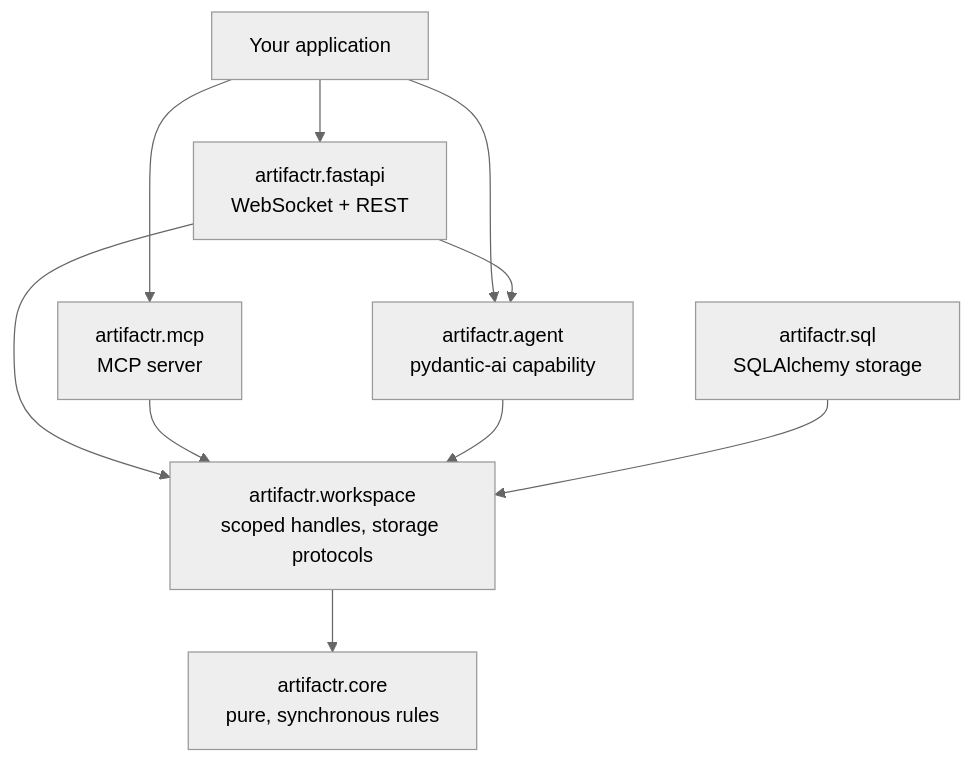
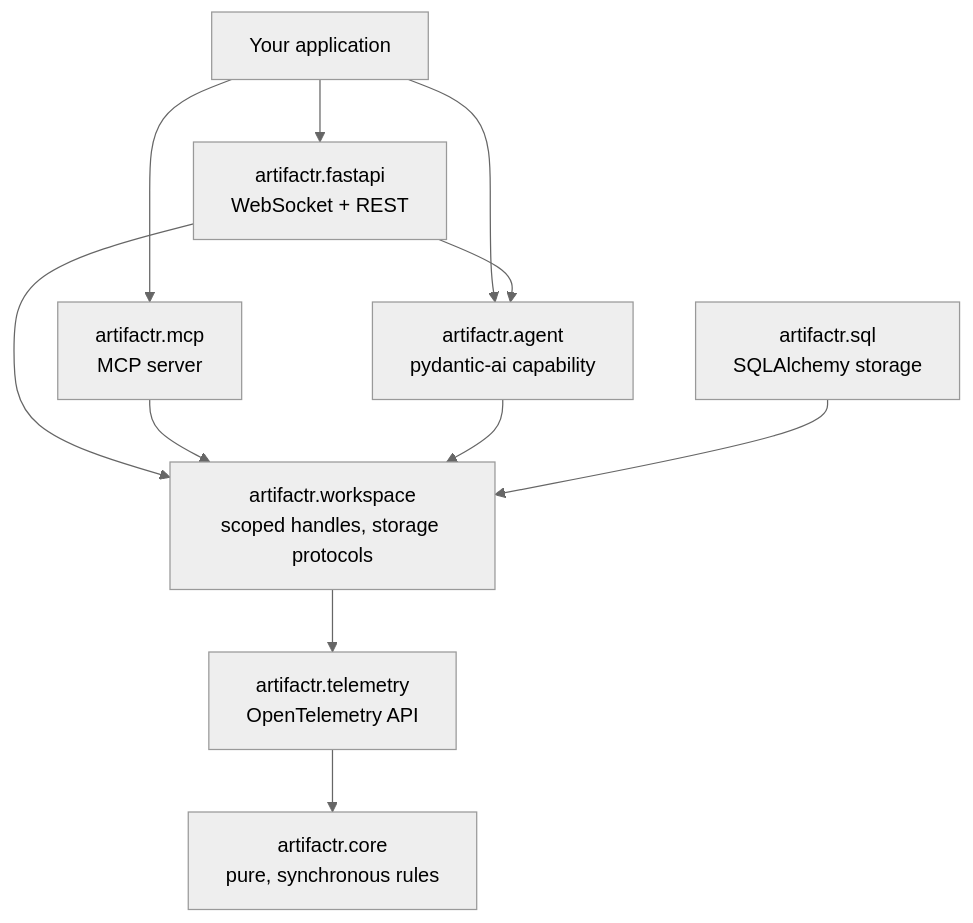
One commit to alexnodeland/artifactr changed the first of 3 diagrams in docs/architecture.md. Above: the diagram before and after it, drawn with Mermaid (neutral theme). The commit also changed other lines of this file and 32 other files, not shown here.

````diff
--- a/docs/architecture.md
+++ b/docs/architecture.md
@@ -52,12 +53,13 @@
 ```mermaid
 graph TD
     app["Your application"] --> fastapi["artifactr.fastapi<br/>WebSocket + REST"]
     app --> mcp["artifactr.mcp<br/>MCP server"]
     app --> agent
     fastapi --> agent["artifactr.agent<br/>pydantic-ai capability"]
     fastapi --> workspace
     mcp --> workspace
     agent --> workspace["artifactr.workspace<br/>scoped handles, storage protocols"]
     sql["artifactr.sql<br/>SQLAlchemy storage"] --> workspace
-    workspace --> core["artifactr.core<br/>pure, synchronous rules"]
+    workspace --> telemetry["artifactr.telemetry<br/>OpenTelemetry API"]
+    telemetry --> core["artifactr.core<br/>pure, synchronous rules"]
 ```
````
